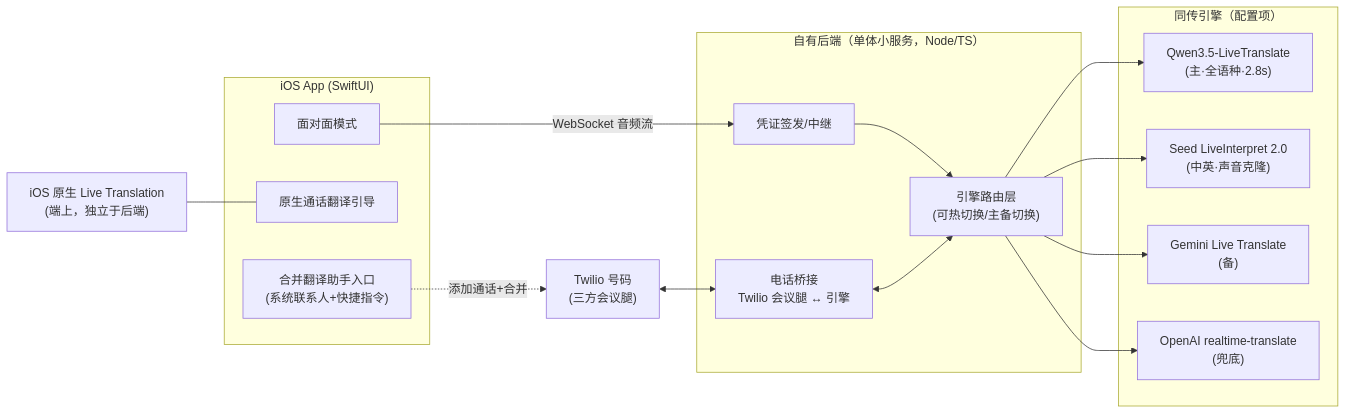
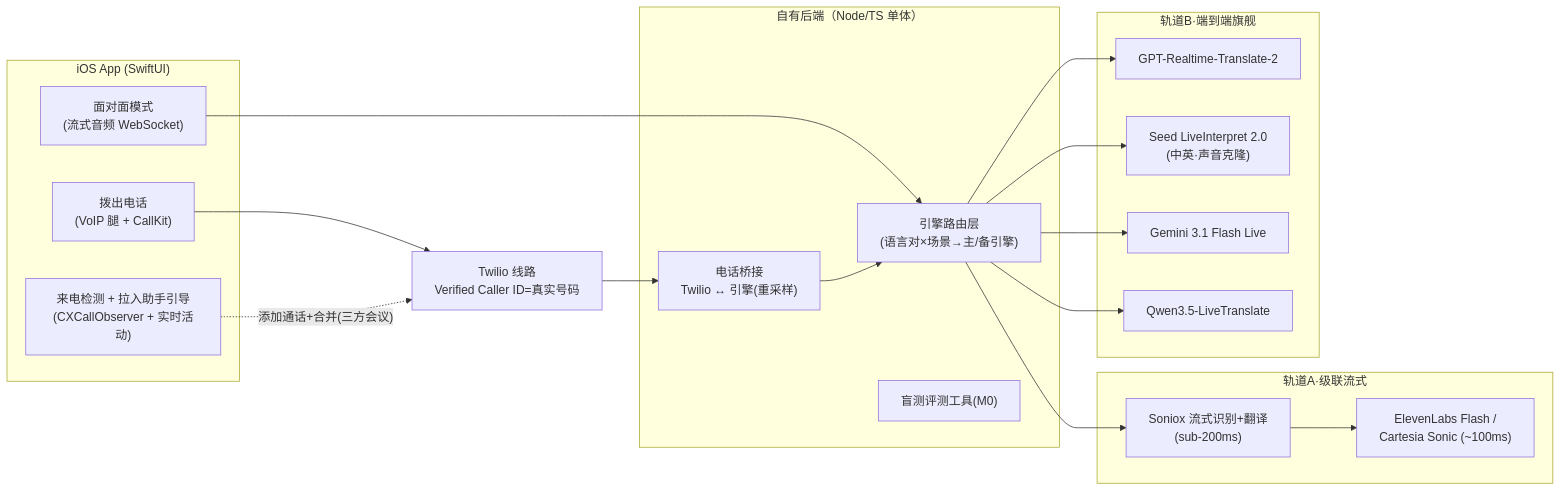
Before and after one commit to EricEEEEEEE/EricEEEEEEE: the diagram in docs/PRD.md, drawn with Mermaid. The commit also changed other lines of this file, not shown here.

First line of the commit message:
Rework PRD v3.0: self-built call pipeline, dual-track engines with family blind test

````diff
--- a/docs/PRD.md
+++ b/docs/PRD.md
@@ -125,27 +146,32 @@
 ```mermaid
 flowchart LR
   subgraph iPhone["iOS App (SwiftUI)"]
-    F2F["面对面模式"]
-    GUIDE["原生通话翻译引导"]
-    MERGE["合并翻译助手入口\n(系统联系人+快捷指令)"]
+    F2F["面对面模式\n(流式音频 WebSocket)"]
+    DIAL["拨出电话\n(VoIP 腿 + CallKit)"]
+    INBOUND["来电检测 + 拉入助手引导\n(CXCallObserver + 实时活动)"]
   end
 
-  subgraph Backend["自有后端（单体小服务，Node/TS）"]
-    ROUTER["引擎路由层\n(可热切换/主备切换)"]
-    BRIDGE["电话桥接\nTwilio 会议腿 ↔ 引擎"]
-    TOKEN["凭证签发/中继"]
+  subgraph Backend["自有后端（Node/TS 单体）"]
+    ROUTER["引擎路由层\n(语言对×场景→主/备引擎)"]
+    BRIDGE["电话桥接\nTwilio ↔ 引擎(重采样)"]
+    BENCH["盲测评测工具(M0)"]
   end
 
-  subgraph Engines["同传引擎（配置项）"]
-    QWEN["Qwen3.5-LiveTranslate\n(主·全语种·2.8s)"]
-    SEED["Seed LiveInterpret 2.0\n(中英·声音克隆)"]
-    GEM["Gemini Live Translate\n(备)"]
-    OAI["OpenAI realtime-translate\n(兜底)"]
+  subgraph EngineA["轨道A·级联流式"]
+    STT["Soniox 流式识别+翻译\n(sub-200ms)"]
+    TTS["ElevenLabs Flash /\nCartesia Sonic (~100ms)"]
   end
 
-  F2F -- "WebSocket 音频流" --> TOKEN --> ROUTER
-  MERGE -. "添加通话+合并" .-> TW["Twilio 号码\n(三方会议腿)"]
-  TW <--> BRIDGE <--> ROUTER
-  ROUTER --> QWEN & SEED & GEM & OAI
-  NATIVE["iOS 原生 Live Translation\n(端上，独立于后端)"] --- GUIDE
+  subgraph EngineB["轨道B·端到端旗舰"]
+    RT2["GPT-Realtime-Translate-2"]
+    SEED["Seed LiveInterpret 2.0\n(中英·声音克隆)"]
+    GEM["Gemini 3.1 Flash Live"]
+    QWEN["Qwen3.5-LiveTranslate"]
+  end
+
+  F2F --> ROUTER
+  DIAL --> TW["Twilio 线路\nVerified Caller ID=真实号码"] --> BRIDGE --> ROUTER
+  INBOUND -. "添加通话+合并(三方会议)" .-> TW
+  ROUTER --> STT --> TTS
+  ROUTER --> RT2 & SEED & GEM & QWEN
 ```
````
